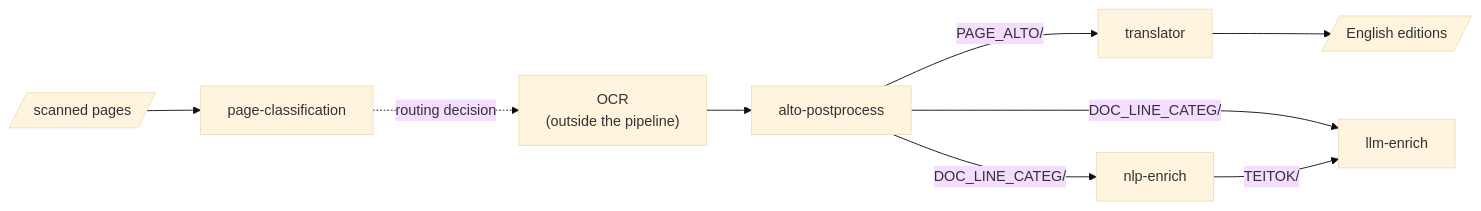
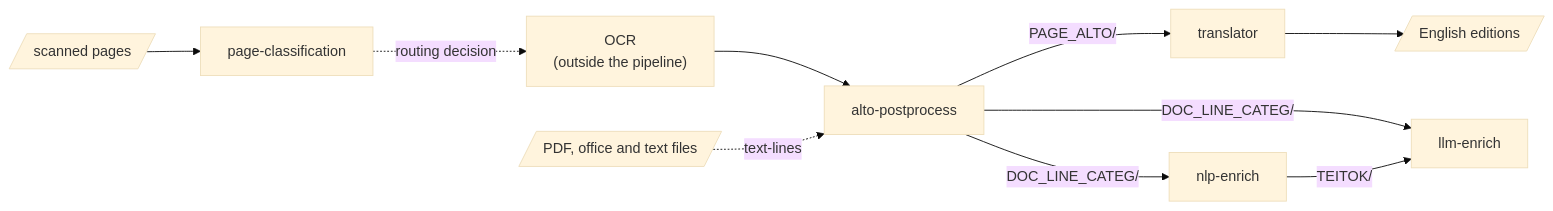
One commit to ufal/atrium-project changed the diagram in docs_site/index.md. Above: the diagram before and after it, drawn with Mermaid (base theme). The commit also changed other lines of this file and 44 other files, not shown here.

````diff
--- a/docs_site/index.md
+++ b/docs_site/index.md
@@ -110,11 +111,12 @@
 ```mermaid
 flowchart LR
   SCAN[/"scanned pages"/] --> PC[page-classification]
   PC -. "routing decision" .-> OCR["OCR<br/>(outside the pipeline)"]
   OCR --> ALTO[alto-postprocess]
+  DOCS[/"PDF, office and text files"/] -. "text-lines" .-> ALTO
   ALTO -- "PAGE_ALTO/" --> TR[translator]
   ALTO -- "DOC_LINE_CATEG/" --> NLP[nlp-enrich]
   ALTO -- "DOC_LINE_CATEG/" --> LLM[llm-enrich]
   NLP -- "TEITOK/" --> LLM
   TR --> EN[/"English editions"/]
 ```
````
